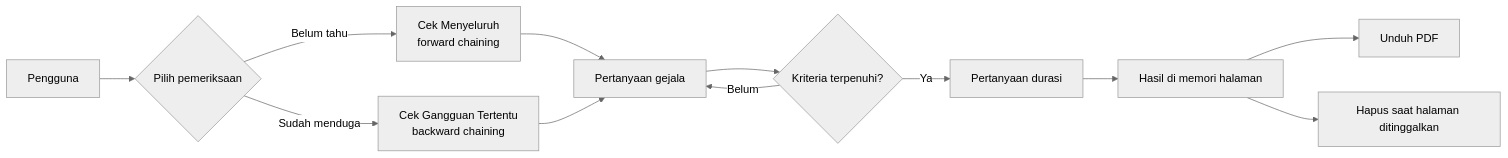
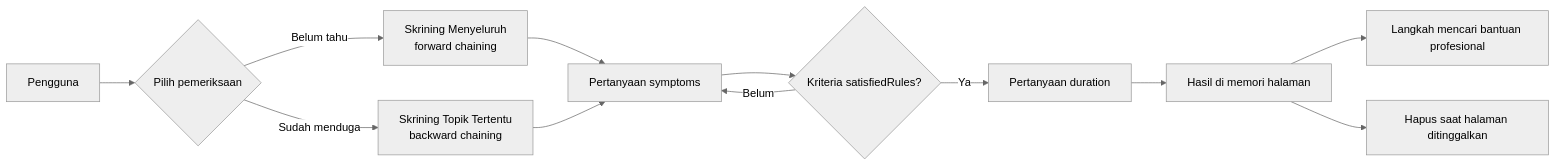
One commit to ilyasistiqama/mental-health-expert-system changed the diagram in docs/README.md. Above: the diagram before and after it, drawn with Mermaid (neutral theme). The commit also changed other lines of this file and 162 other files, not shown here.

Commit message:
feat: audit screening dataset, improve response flow, add consultation guide and FAQ, and refresh UI

````diff
--- a/docs/README.md
+++ b/docs/README.md
@@ -46,14 +51,14 @@
 ```mermaid
 flowchart LR
     A[Pengguna] --> B{Pilih pemeriksaan}
-    B -->|Belum tahu| C[Cek Menyeluruh<br/>forward chaining]
-    B -->|Sudah menduga| D[Cek Gangguan Tertentu<br/>backward chaining]
-    C --> E[Pertanyaan gejala]
+    B -->|Belum tahu| C[Skrining Menyeluruh<br/>forward chaining]
+    B -->|Sudah menduga| D[Skrining Topik Tertentu<br/>backward chaining]
+    C --> E[Pertanyaan symptoms]
     D --> E
-    E --> F{Kriteria terpenuhi?}
+    E --> F{Kriteria satisfiedRules?}
     F -->|Belum| E
-    F -->|Ya| G[Pertanyaan durasi]
+    F -->|Ya| G[Pertanyaan duration]
     G --> H[Hasil di memori halaman]
-    H --> I[Unduh PDF]
+    H --> I[Langkah mencari bantuan profesional]
     H --> J[Hapus saat halaman ditinggalkan]
 ```
````
